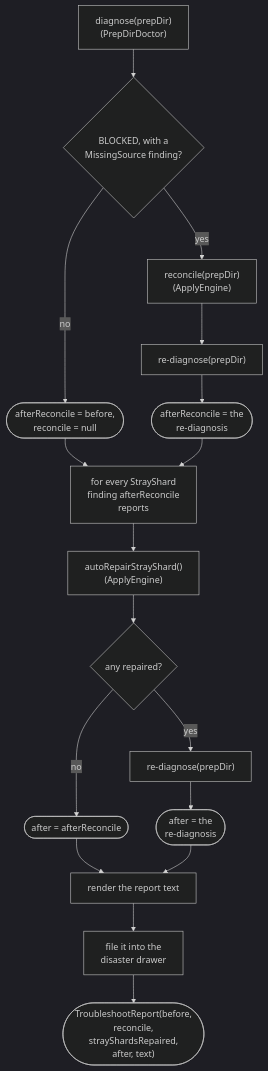
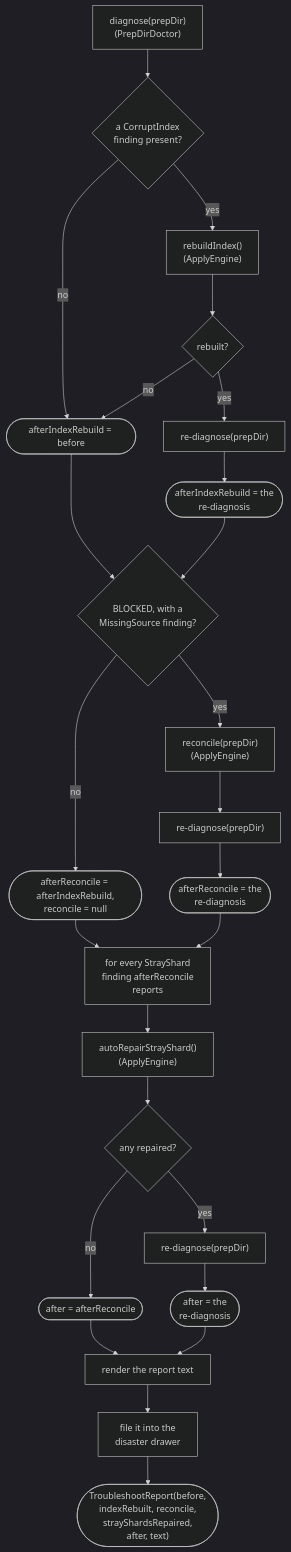
Before and after one commit to AdrianNachev91/sluice: the diagram in app/docs/design/application/service/troubleshooter.md, drawn with Mermaid (dark theme). The commit also changed other lines of this file and 18 other files, not shown here.

First line of the commit message:
feat(java-port): Phase 13-prep chunk 6 - corrupt index/sidecar recovery + discard mechanism

````diff
--- a/app/docs/design/application/service/troubleshooter.md
+++ b/app/docs/design/application/service/troubleshooter.md
@@ -8,19 +8,27 @@
 ```mermaid
 flowchart TD
-    A["diagnose(prepDir)<br/>(PrepDirDoctor)"] --> B{"BLOCKED, with a<br/>MissingSource finding?"}
-    B -- no --> C(["afterReconcile = before,<br/>reconcile = null"])
-    B -- yes --> D["reconcile(prepDir)<br/>(ApplyEngine)"]
+    A["diagnose(prepDir)<br/>(PrepDirDoctor)"] --> A2{"a CorruptIndex<br/>finding present?"}
+    A2 -- no --> B
+    A2 -- yes --> A3["rebuildIndex()<br/>(ApplyEngine)"]
+    A3 --> A4{"rebuilt?"}
+    A4 -- no --> B(["afterIndexRebuild = before"])
+    A4 -- yes --> A5["re-diagnose(prepDir)"]
+    A5 --> A6(["afterIndexRebuild = the<br/>re-diagnosis"])
+    B --> B2{"BLOCKED, with a<br/>MissingSource finding?"}
+    A6 --> B2
+    B2 -- no --> C(["afterReconcile = afterIndexRebuild,<br/>reconcile = null"])
+    B2 -- yes --> D["reconcile(prepDir)<br/>(ApplyEngine)"]
     D --> E["re-diagnose(prepDir)"]
     E --> F(["afterReconcile = the<br/>re-diagnosis"])
     C --> R["for every StrayShard<br/>finding afterReconcile<br/>reports"]
     F --> R
     R --> S["autoRepairStrayShard()<br/>(ApplyEngine)"]
     S --> T{"any repaired?"}
     T -- no --> U(["after = afterReconcile"])
     T -- yes --> V["re-diagnose(prepDir)"]
     V --> W(["after = the<br/>re-diagnosis"])
     U --> G["render the report text"]
     W --> G
     G --> H["file it into the<br/>disaster drawer"]
-    H --> I(["TroubleshootReport(before,<br/>reconcile,<br/>strayShardsRepaired,<br/>after, text)"])
+    H --> I(["TroubleshootReport(before,<br/>indexRebuilt, reconcile,<br/>strayShardsRepaired,<br/>after, text)"])
 ```
````
